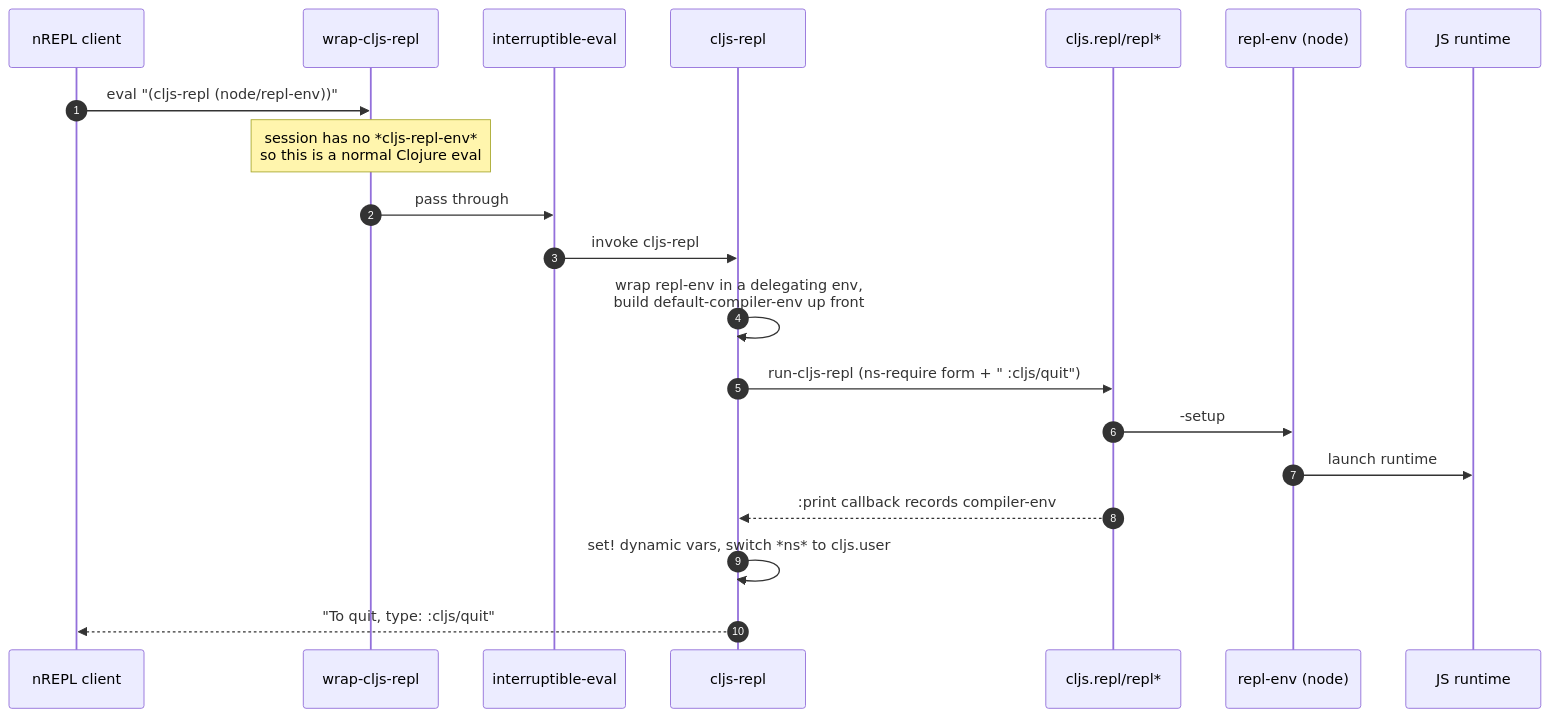
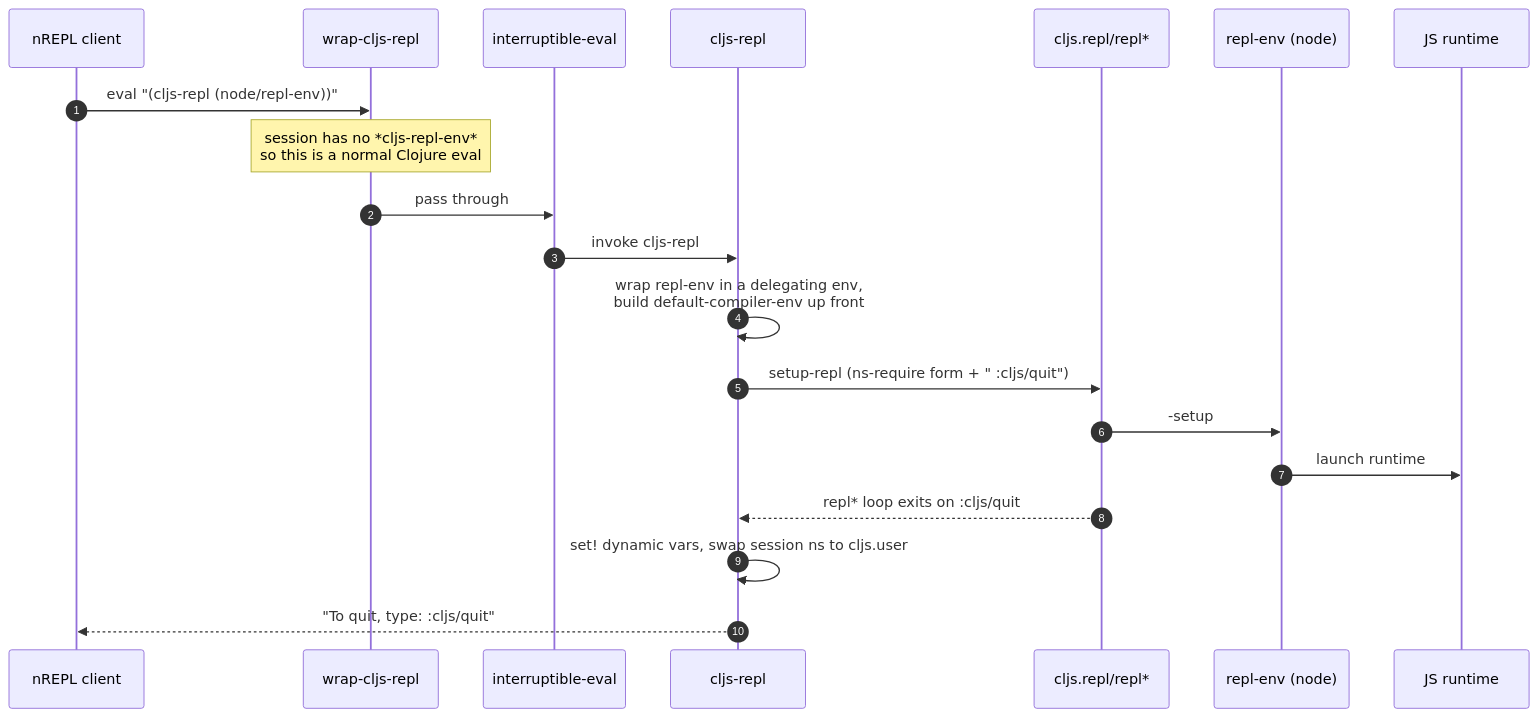
Before and after one commit to nrepl/piggieback: the second of 4 diagrams in docs/architecture.md, drawn with Mermaid. The commit also changed other lines of this file and 3 other files, not shown here.

````diff
--- a/docs/architecture.md
+++ b/docs/architecture.md
@@ -146,23 +146,23 @@
 ```mermaid
 sequenceDiagram
     autonumber
     participant C as nREPL client
     participant W as wrap-cljs-repl
     participant IE as interruptible-eval
     participant PB as cljs-repl
     participant R as cljs.repl/repl*
     participant E as repl-env (node)
     participant JS as JS runtime
 
     C->>W: eval "(cljs-repl (node/repl-env))"
     Note over W: session has no *cljs-repl-env*<br/>so this is a normal Clojure eval
     W->>IE: pass through
     IE->>PB: invoke cljs-repl
     PB->>PB: wrap repl-env in a delegating env,<br/>build default-compiler-env up front
-    PB->>R: run-cljs-repl (ns-require form + " :cljs/quit")
+    PB->>R: setup-repl (ns-require form + " :cljs/quit")
     R->>E: -setup
     E->>JS: launch runtime
-    R-->>PB: :print callback records compiler-env
-    PB->>PB: set! dynamic vars, switch *ns* to cljs.user
+    R-->>PB: repl* loop exits on :cljs/quit
+    PB->>PB: set! dynamic vars, swap session ns to cljs.user
     PB-->>C: "To quit, type: :cljs/quit"
 ```
````
